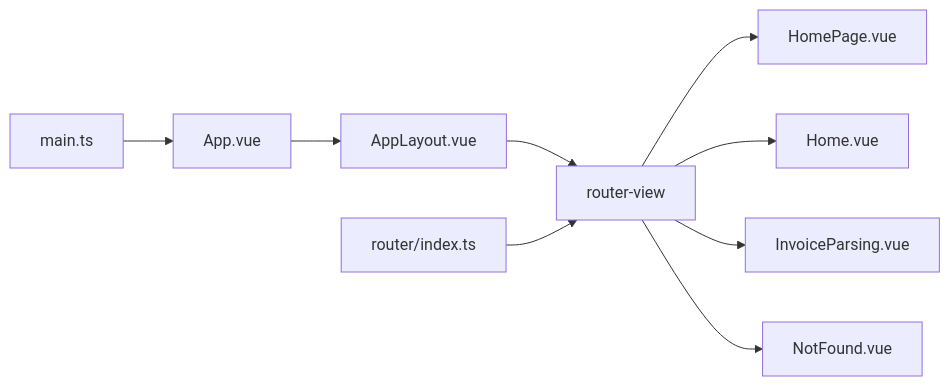
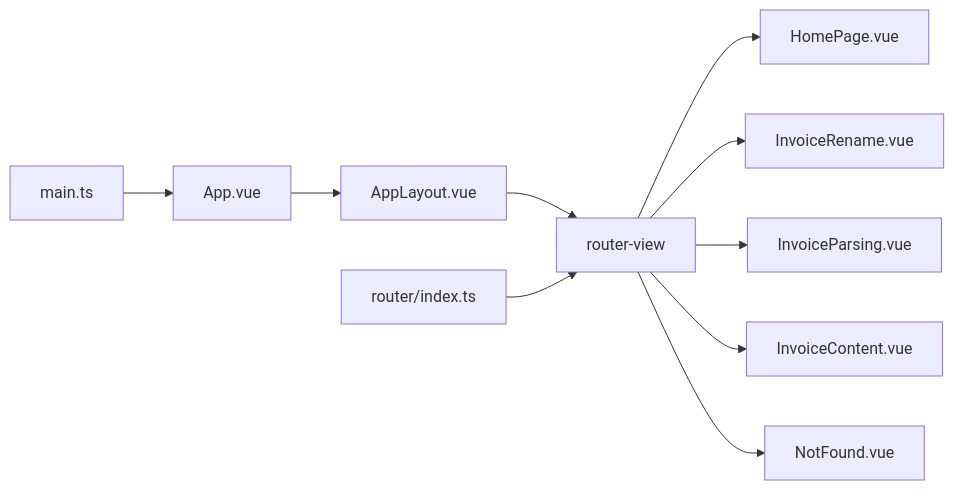
The seventh of 7 diagrams in .qoder/repowiki/zh/content/路由与导航.md (dunhuixiao/FinanceTools), drawn with Mermaid before and after one commit. The commit also changed other lines of this file and 20 other files, not shown here.

````diff
--- a/.qoder/repowiki/zh/content/路由与导航.md
+++ b/.qoder/repowiki/zh/content/路由与导航.md
@@ -258,11 +276,12 @@
 ```mermaid
 graph LR
 MAIN["main.ts"] --> APP["App.vue"]
 APP --> LAYOUT["AppLayout.vue"]
 LAYOUT --> VIEW["router-view"]
 ROUTER["router/index.ts"] --> VIEW
 VIEW --> HOME_PAGE["HomePage.vue"]
-VIEW --> HOME["Home.vue"]
+VIEW --> INVOICE_RENAME["InvoiceRename.vue"]
 VIEW --> INVOICE_PARSING["InvoiceParsing.vue"]
+VIEW --> INVOICE_CONTENT["InvoiceContent.vue"]
 VIEW --> NOT_FOUND["NotFound.vue"]
 ```
````
